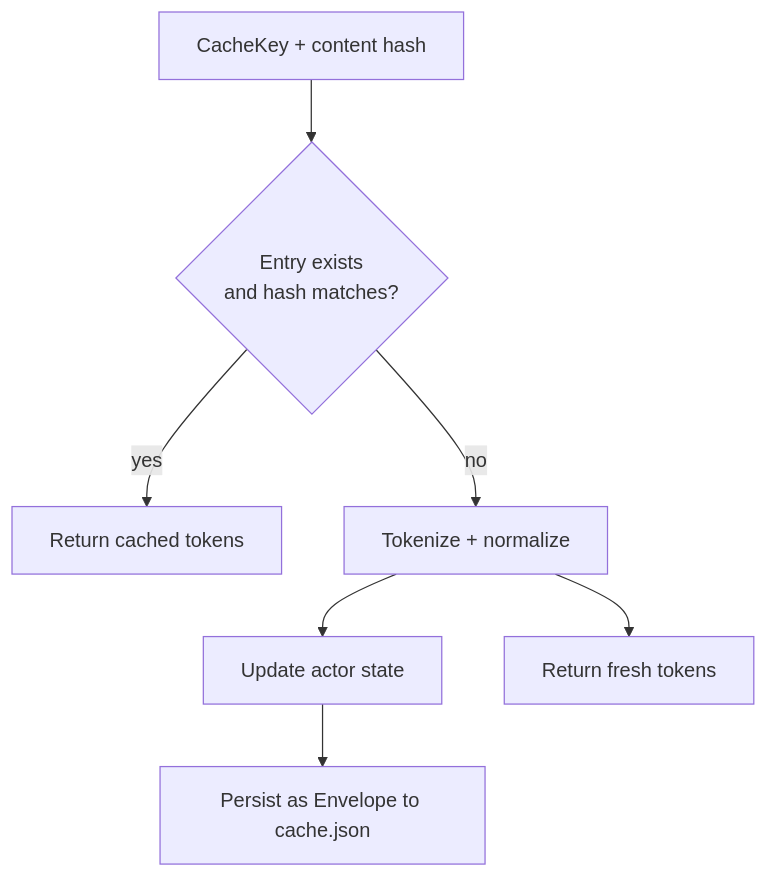
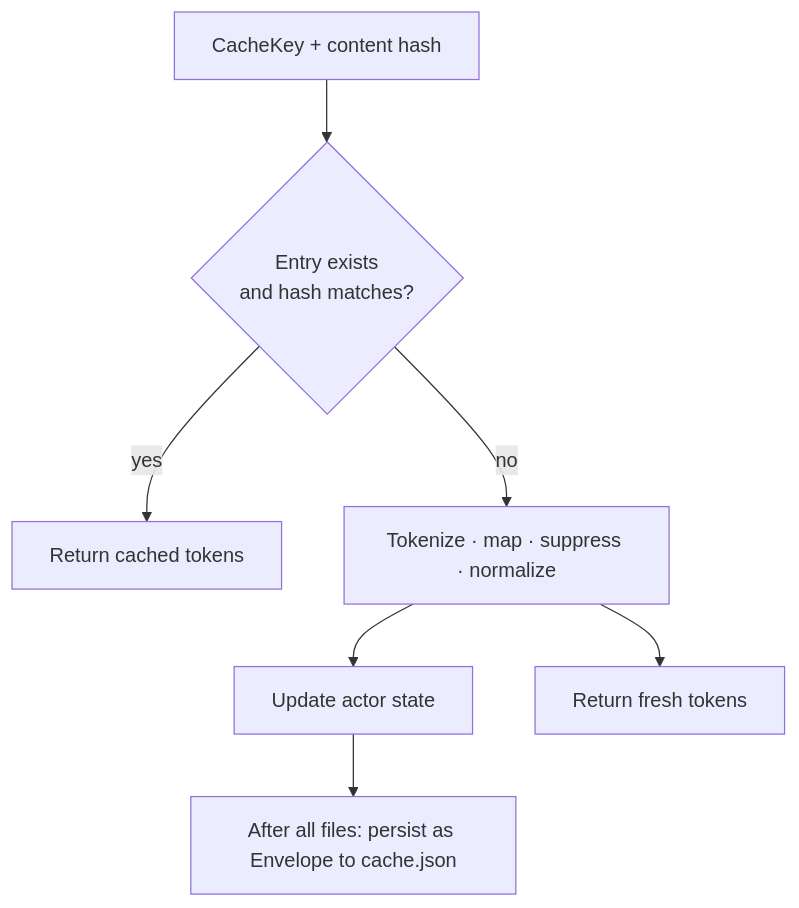
The third of 5 diagrams in Docs/Architecture/05-supporting-systems.md (ericodx/swift-cpd), drawn with Mermaid before and after one commit. The commit also changed other lines of this file, not shown here.

Commit message:
docs: correct configuration defaults, cache, baseline matching and exit rules in supporting systems

````diff
--- a/Docs/Architecture/05-supporting-systems.md
+++ b/Docs/Architecture/05-supporting-systems.md
@@ -63,9 +69,9 @@
 ```mermaid
 flowchart TD
     A[CacheKey + content hash] --> B{Entry exists<br/>and hash matches?}
     B -- yes --> C[Return cached tokens]
-    B -- no --> D[Tokenize + normalize]
+    B -- no --> D[Tokenize · map · suppress · normalize]
     D --> E[Update actor state]
-    E --> F[Persist as Envelope to cache.json]
+    E --> F[After all files: persist as Envelope to cache.json]
     D --> G[Return fresh tokens]
 ```
````
